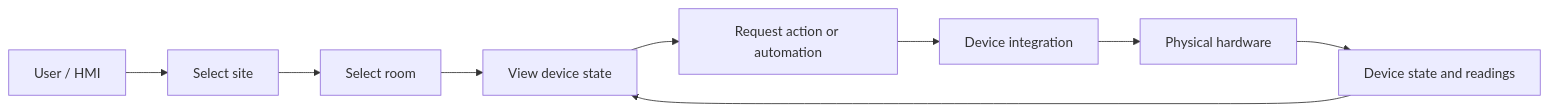
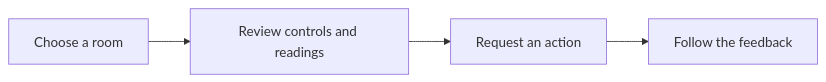
Before and after one commit to farismnrr/portofolio: the diagram in frontend/content/projects/sensio-iot.md, drawn with Mermaid. The commit also changed other lines of this file and 3 other files, not shown here.

````diff
--- a/frontend/content/projects/sensio-iot.md
+++ b/frontend/content/projects/sensio-iot.md
@@ -32,11 +30,6 @@
 ```mermaid
 flowchart LR
-    U[User / HMI] --> S[Select site]
-    S --> R[Select room]
-    R --> D[View device state]
-    D --> A[Request action or automation]
-    A --> P[Device integration]
-    P --> H[Physical hardware]
-    H --> T[Device state and readings]
-    T --> D
+    R[Choose a room] --> V[Review controls and readings]
+    V --> A[Request an action]
+    A --> F[Follow the feedback]
 ```
````
